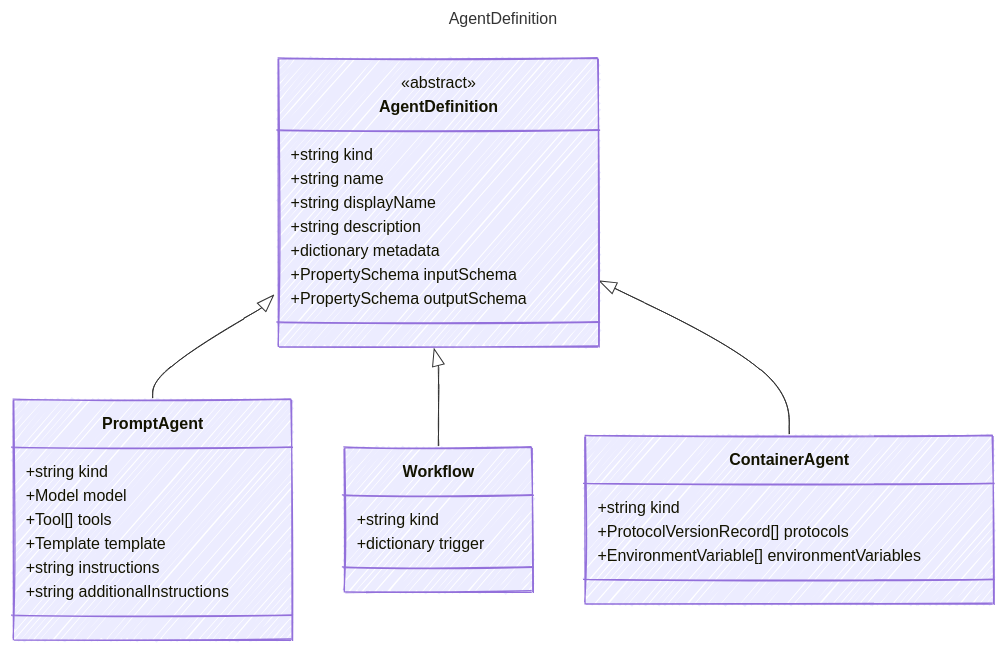
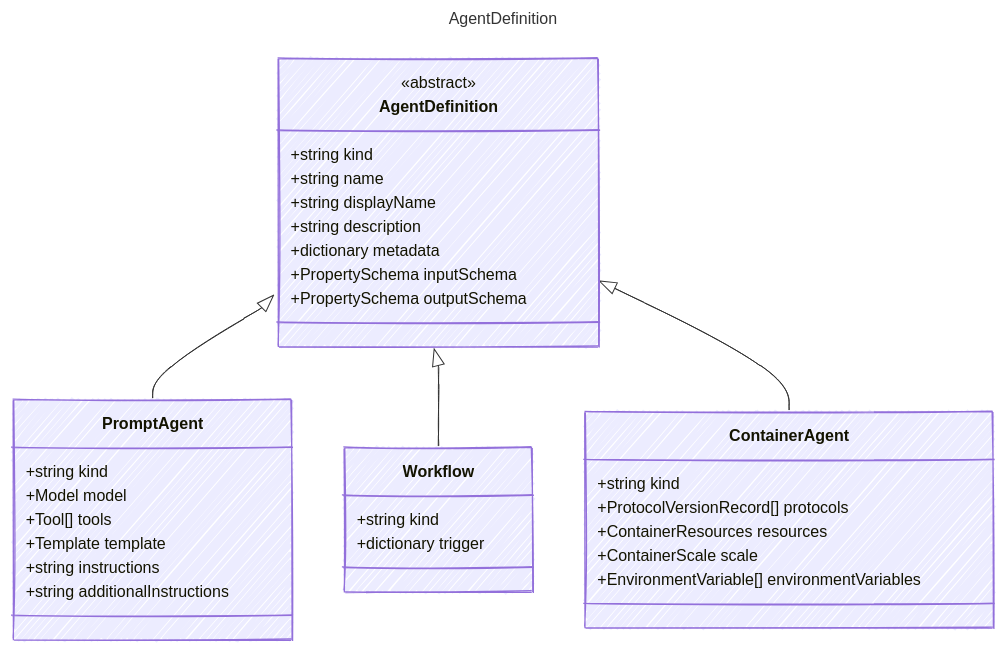
Before and after one commit to microsoft/AgentSchema: the diagram in docs/src/content/docs/reference/AgentDefinition.md, drawn with Mermaid. The commit also changed 34 other files, not shown here.

First line of the commit message:
feat: Add ContainerResources and ContainerScale to ContainerAgent

````diff
--- a/docs/src/content/docs/reference/AgentDefinition.md
+++ b/docs/src/content/docs/reference/AgentDefinition.md
@@ -14,41 +14,43 @@
 ```mermaid
 ---
 title: AgentDefinition
 config:
   look: handDrawn
   theme: colorful
   class:
     hideEmptyMembersBox: true
 ---
 classDiagram
     class AgentDefinition {
       <<abstract>>
         +string kind
         +string name
         +string displayName
         +string description
         +dictionary metadata
         +PropertySchema inputSchema
         +PropertySchema outputSchema
     }
     class PromptAgent {
         +string kind
         +Model model
         +Tool[] tools
         +Template template
         +string instructions
         +string additionalInstructions
     }
     AgentDefinition <|-- PromptAgent
     class Workflow {
         +string kind
         +dictionary trigger
     }
     AgentDefinition <|-- Workflow
     class ContainerAgent {
         +string kind
         +ProtocolVersionRecord[] protocols
+        +ContainerResources resources
+        +ContainerScale scale
         +EnvironmentVariable[] environmentVariables
     }
     AgentDefinition <|-- ContainerAgent
 ```
````
